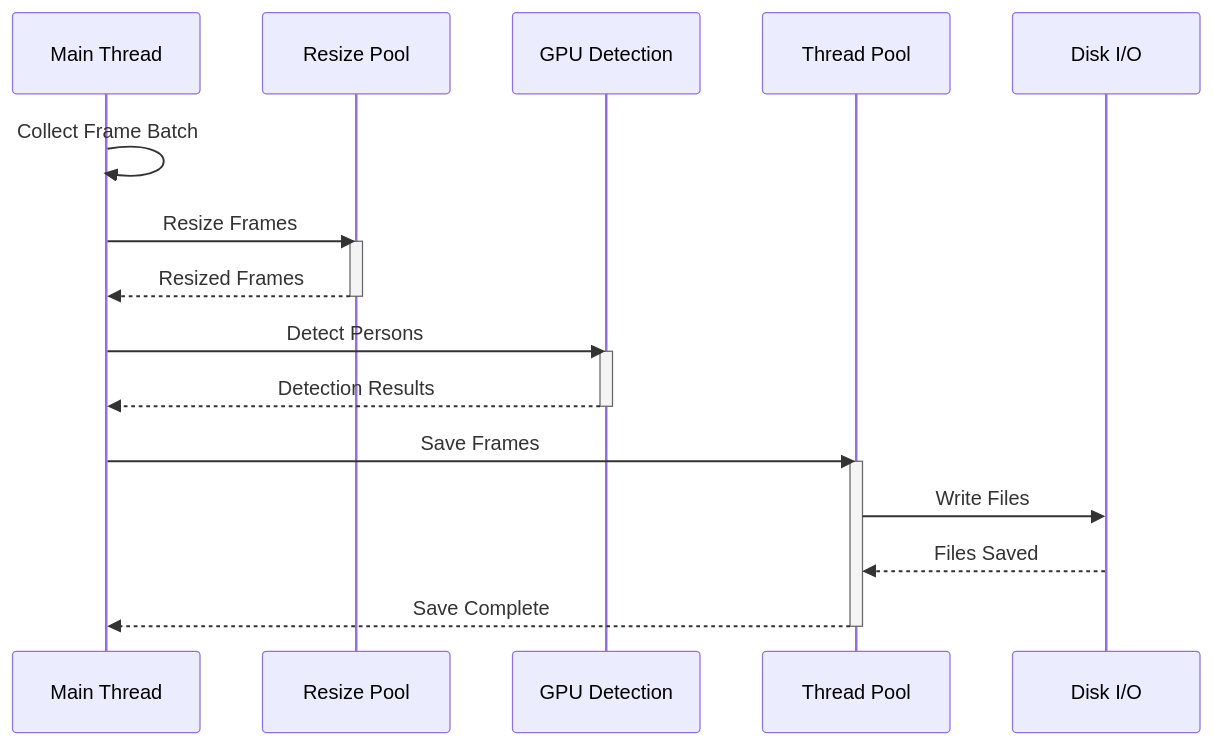
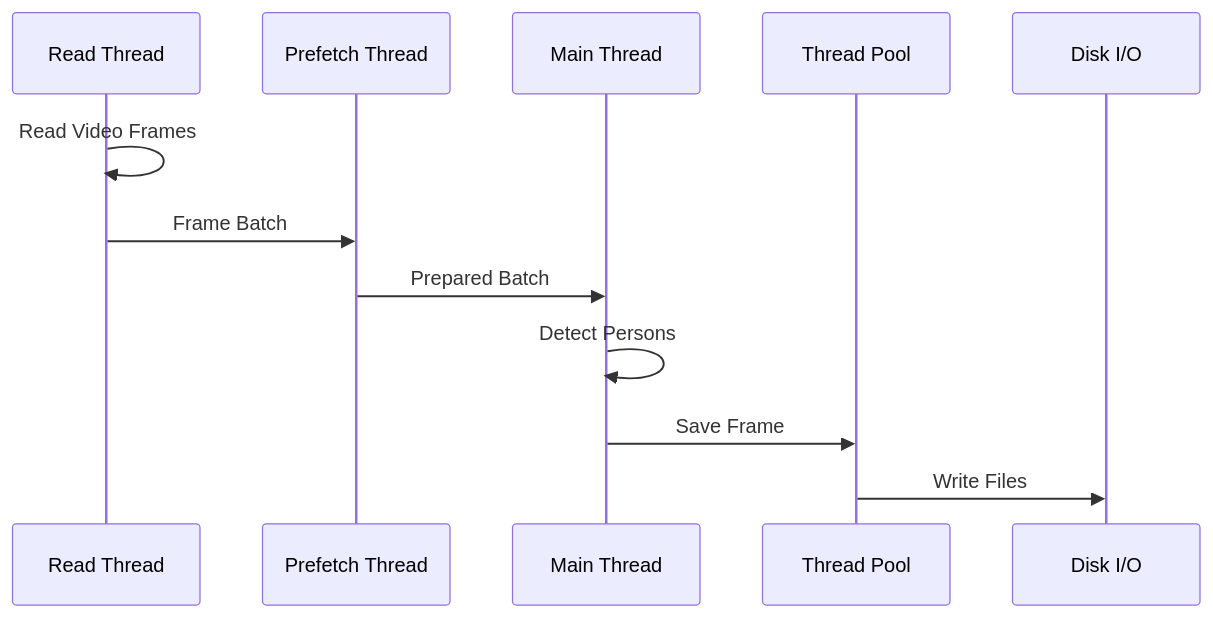
The second of 2 diagrams in README.md (phonglk/video-logs-extract), drawn with Mermaid before and after one commit. The commit also changed other lines of this file and 30 other files, not shown here.

````diff
--- a/README.md
+++ b/README.md
@@ -195,24 +167,15 @@
    ```mermaid
    sequenceDiagram
+       participant RT as Read Thread
+       participant PF as Prefetch Thread
        participant MT as Main Thread
-       participant RP as Resize Pool
-       participant GPU as GPU Detection
        participant TP as Thread Pool
        participant IO as Disk I/O
 
-       MT->>MT: Collect Frame Batch
-       MT->>RP: Resize Frames
-       activate RP
-       RP-->>MT: Resized Frames
-       deactivate RP
-       MT->>GPU: Detect Persons
-       activate GPU
-       GPU-->>MT: Detection Results
-       deactivate GPU
-       MT->>TP: Save Frames
-       activate TP
+       RT->>RT: Read Video Frames
+       RT->>PF: Frame Batch
+       PF->>MT: Prepared Batch
+       MT->>MT: Detect Persons
+       MT->>TP: Save Frame
        TP->>IO: Write Files
-       IO-->>TP: Files Saved
-       TP-->>MT: Save Complete
-       deactivate TP
    ```
````
